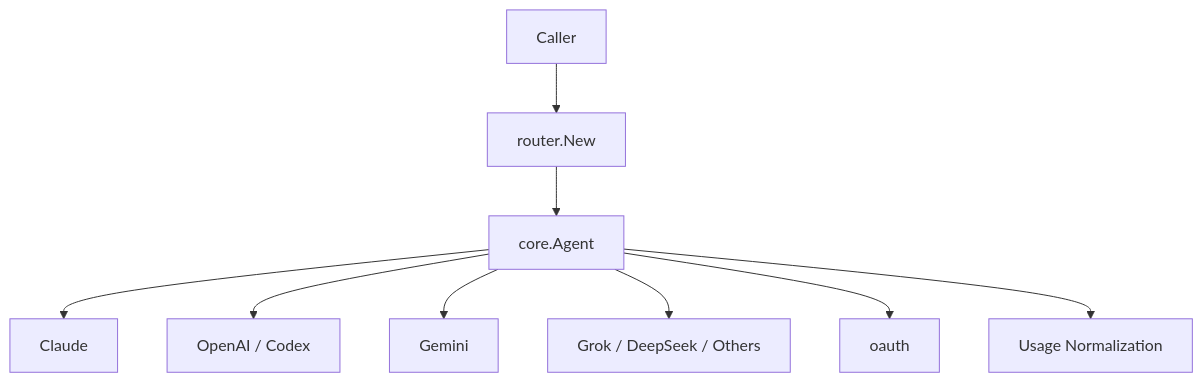
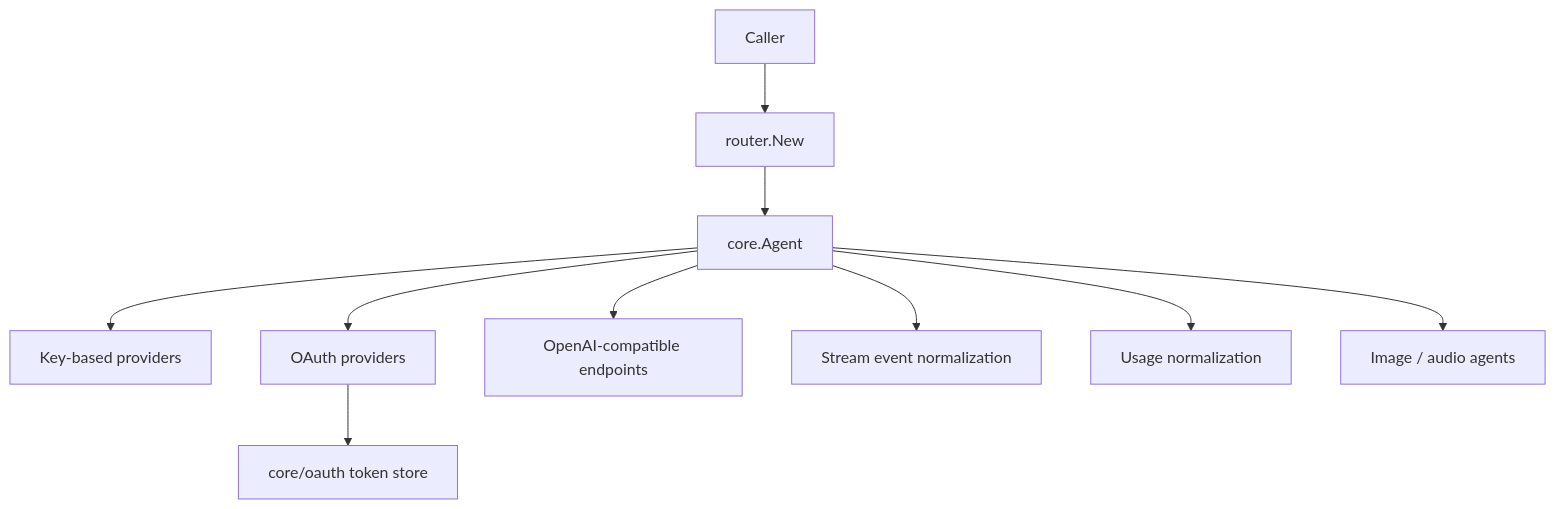
One commit to pardnchiu/go-llm-router changed the diagram in README.md. Above: the diagram before and after it, drawn with Mermaid. The commit also changed other lines of this file and 5 other files, not shown here.

Commit message:
doc: Rewrite documentation for the current router architecture

````diff
--- a/README.md
+++ b/README.md
@@ -46,11 +46,12 @@
 ```mermaid
 graph TB
     App[Caller] --> Router[router.New]
     Router --> Agent[core.Agent]
-    Agent --> Claude[Claude]
-    Agent --> OpenAI[OpenAI / Codex]
-    Agent --> Gemini[Gemini]
-    Agent --> Others[Grok / DeepSeek / Others]
-    Agent --> OAuth[oauth]
-    Agent --> Usage[Usage Normalization]
+    Agent --> KeyBased[Key-based providers]
+    Agent --> OAuthBased[OAuth providers]
+    Agent --> Compat[OpenAI-compatible endpoints]
+    OAuthBased --> OAuth[core/oauth token store]
+    Agent --> Stream[Stream event normalization]
+    Agent --> Usage[Usage normalization]
+    Agent --> Media[Image / audio agents]
 ```
````
